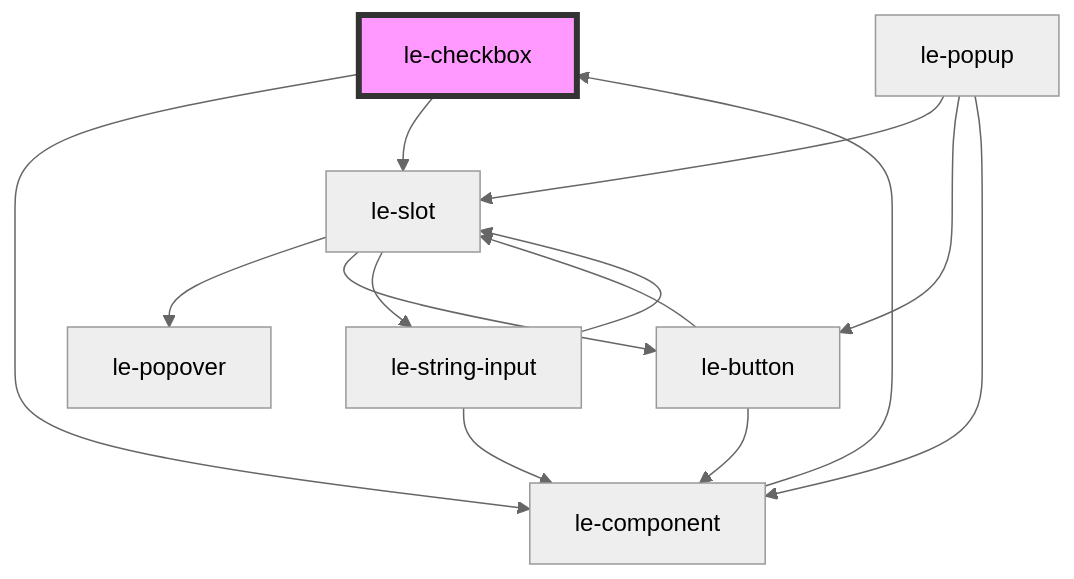
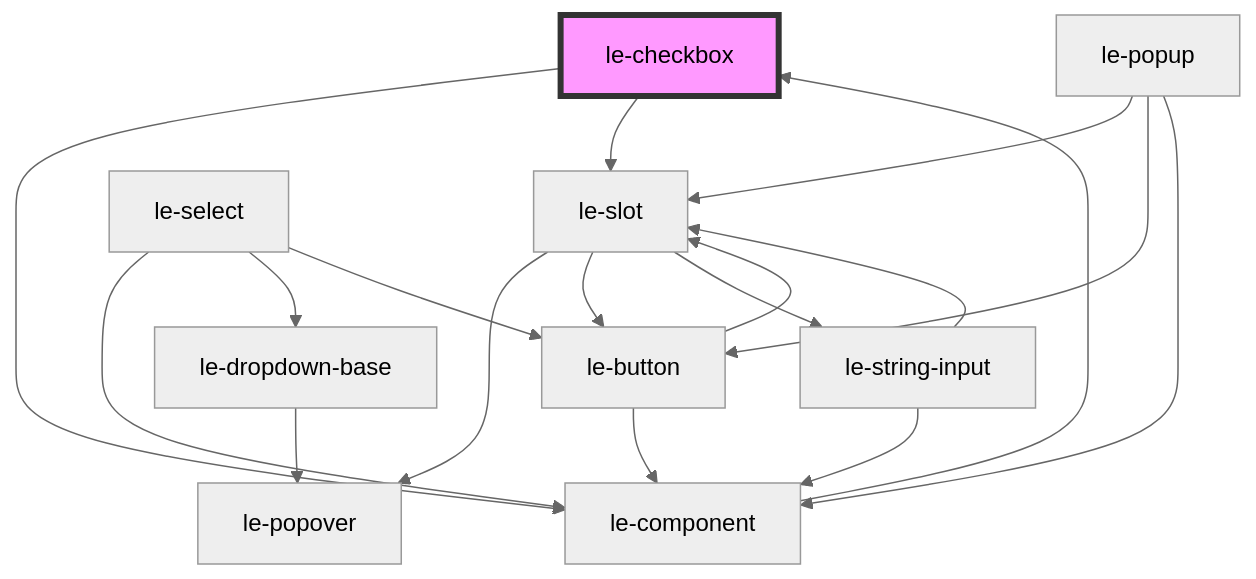
Before and after one commit to leechy/le-kit: the diagram in packages/core/src/components/le-checkbox/readme.md, drawn with Mermaid (neutral theme). The commit also changed 32 other files, not shown here.

````diff
--- a/packages/core/src/components/le-checkbox/readme.md
+++ b/packages/core/src/components/le-checkbox/readme.md
@@ -50,17 +50,21 @@
 ```mermaid
 graph TD;
   le-checkbox --> le-component
   le-checkbox --> le-slot
   le-component --> le-checkbox
   le-button --> le-component
   le-button --> le-slot
   le-slot --> le-popover
   le-slot --> le-button
   le-slot --> le-string-input
   le-string-input --> le-component
   le-string-input --> le-slot
+  le-select --> le-component
+  le-select --> le-dropdown-base
+  le-select --> le-button
+  le-dropdown-base --> le-popover
   le-popup --> le-slot
   le-popup --> le-button
   le-popup --> le-component
   style le-checkbox fill:#f9f,stroke:#333,stroke-width:4px
 ```
````
